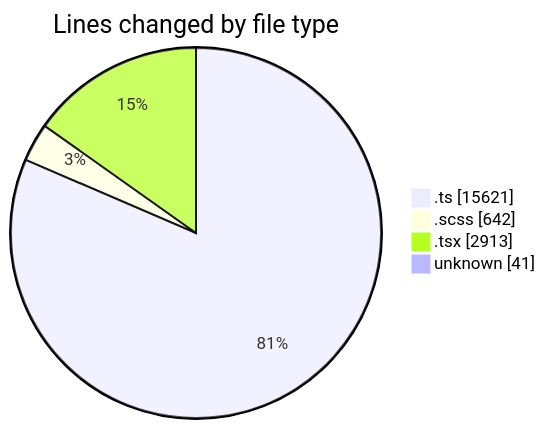
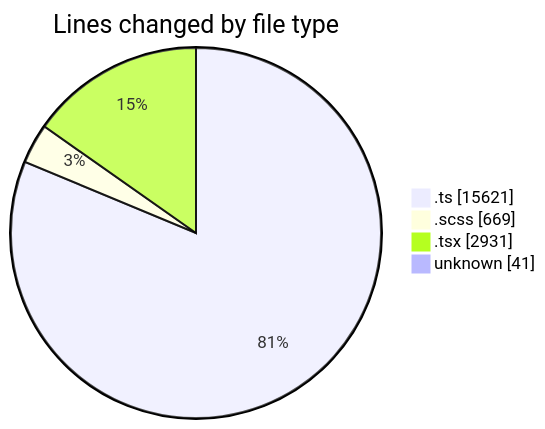
Before and after one commit to momahboobian/code-tracking: the first of 2 diagrams in 2025-08-27/cda/README.md, drawn with Mermaid. The commit also changed other lines of this file and 1 other file, not shown here.

````diff
--- a/2025-08-27/cda/README.md
+++ b/2025-08-27/cda/README.md
@@ -38,8 +38,8 @@
 ```mermaid
 pie showData
 title Lines changed by file type
 ".ts" : 15621
-".scss" : 642
-".tsx" : 2913
+".scss" : 669
+".tsx" : 2931
 "unknown" : 41
 ```
````
